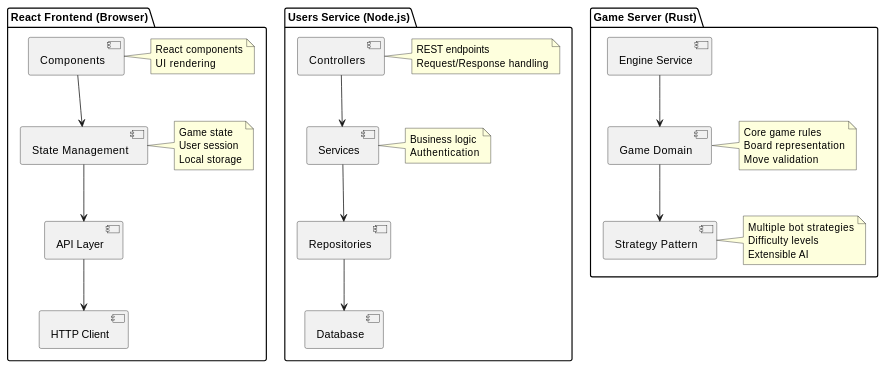
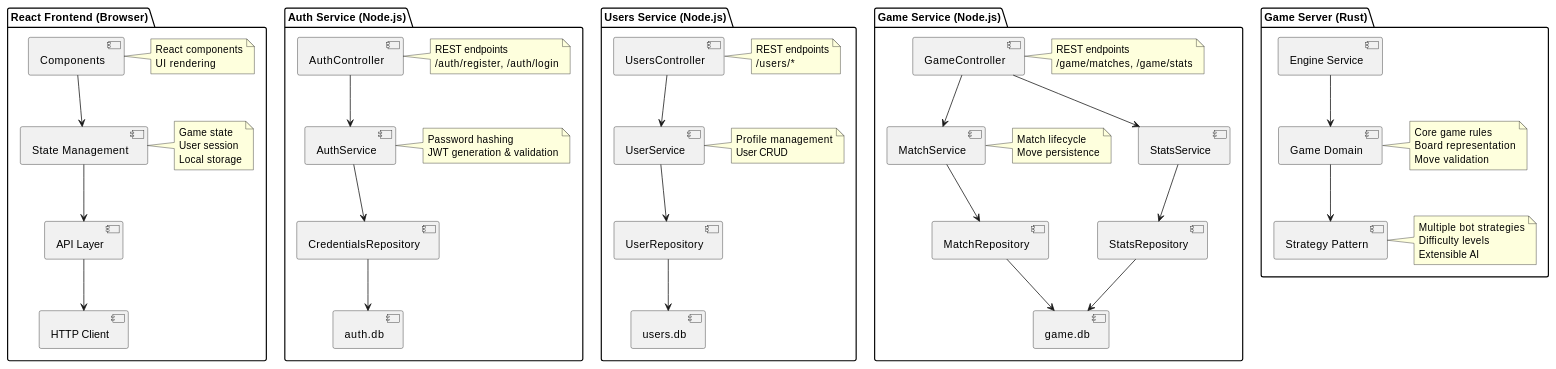
The second of 2 diagrams in docs/src/04_solution_strategy.adoc (Arquisoft/yovi_es1c), drawn with PlantUML before and after one commit. The commit also changed other lines of this file and 11 other files, not shown here.

```diff
--- a/docs/src/04_solution_strategy.adoc
+++ b/docs/src/04_solution_strategy.adoc
@@ -149,19 +178,54 @@
   end note
 }
 
-package "Users Service (Node.js)" {
-  [Controllers] --> [Services]
-  [Services] --> [Repositories]
-  [Repositories] --> [Database]
+package "Auth Service (Node.js)" {
+  [AuthController] --> [AuthService]
+  [AuthService] --> [CredentialsRepository]
+  [CredentialsRepository] --> [auth.db]
 
-  note right of Controllers
+  note right of AuthController
     REST endpoints
-    Request/Response handling
+    /auth/register, /auth/login
   end note
 
-  note right of Services
-    Business logic
-    Authentication
+  note right of [AuthService]
+    Password hashing
+    JWT generation & validation
+  end note
+}
+
+package "Users Service (Node.js)" {
+  [UsersController] --> [UserService]
+  [UserService] --> [UserRepository]
+  [UserRepository] --> [users.db]
+
+  note right of UsersController
+    REST endpoints
+    /users/*
+  end note
+
+  note right of [UserService]
+    Profile management
+    User CRUD
+  end note
+}
+
+package "Game Service (Node.js)" {
+  [GameController] --> [MatchService]
+  [GameController] --> [StatsService]
+  [MatchService] --> [MatchRepository]
+  [StatsService] --> [StatsRepository]
+  [MatchRepository] --> [game.db]
+  [StatsRepository] --> [game.db]
+
+  note right of GameController
+    REST endpoints
+    /game/matches, /game/stats
+  end note
+
+  note right of [MatchService]
+    Match lifecycle
+    Move persistence
   end note
 }
 
```
